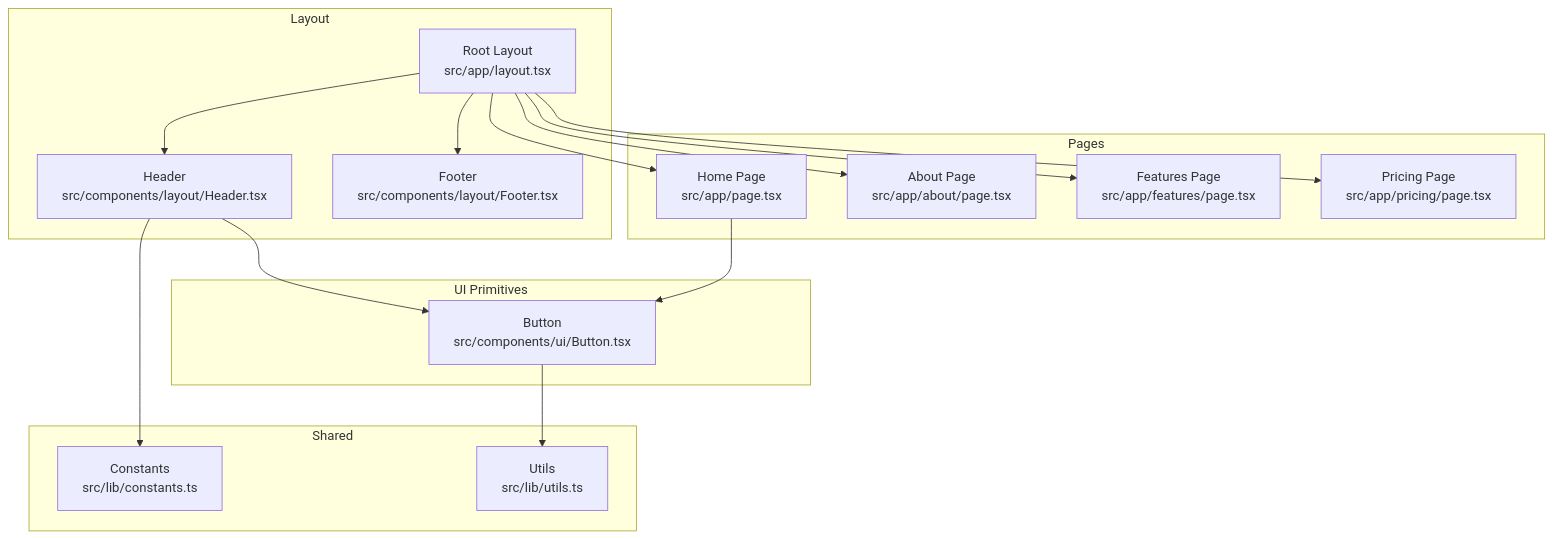
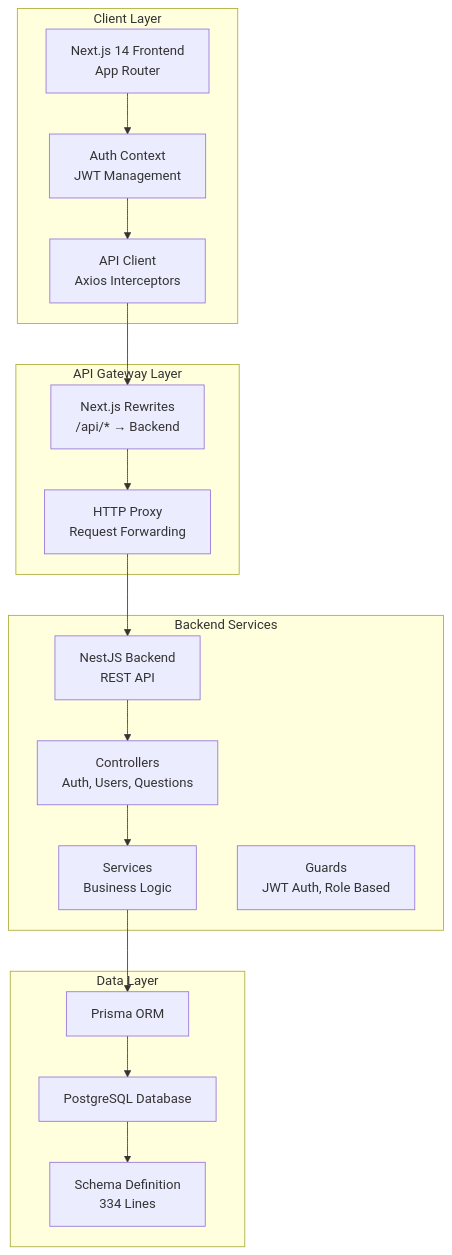
The first of 9 diagrams in .qoder/repowiki/en/content/Architecture Overview.md (Hoshino-wind/ai-interview-platform), drawn with Mermaid before and after one commit. The commit also changed other lines of this file and 5 other files, not shown here.

````diff
--- a/.qoder/repowiki/en/content/Architecture Overview.md
+++ b/.qoder/repowiki/en/content/Architecture Overview.md
@@ -142,31 +61,33 @@
 ```mermaid
 graph TB
-subgraph "Pages"
-P_HOME["Home Page<br/>src/app/page.tsx"]
-P_ABOUT["About Page<br/>src/app/about/page.tsx"]
-P_FEATURES["Features Page<br/>src/app/features/page.tsx"]
-P_PRICING["Pricing Page<br/>src/app/pricing/page.tsx"]
+subgraph "Client Layer"
+NEXT["Next.js 14 Frontend<br/>App Router"]
+AUTH["Auth Context<br/>JWT Management"]
+API["API Client<br/>Axios Interceptors"]
 end
-subgraph "Layout"
-L_ROOT["Root Layout<br/>src/app/layout.tsx"]
-L_HEADER["Header<br/>src/components/layout/Header.tsx"]
-L_FOOTER["Footer<br/>src/components/layout/Footer.tsx"]
+subgraph "API Gateway Layer"
+REWRITE["Next.js Rewrites<br/>/api/* → Backend"]
+PROXY["HTTP Proxy<br/>Request Forwarding"]
 end
-subgraph "UI Primitives"
-U_BUTTON["Button<br/>src/components/ui/Button.tsx"]
+subgraph "Backend Services"
+NEST["NestJS Backend<br/>REST API"]
+CONTROLLERS["Controllers<br/>Auth, Users, Questions"]
+SERVICES["Services<br/>Business Logic"]
+GUARDS["Guards<br/>JWT Auth, Role Based"]
 end
-subgraph "Shared"
-S_CONST["Constants<br/>src/lib/constants.ts"]
-S_UTILS["Utils<br/>src/lib/utils.ts"]
+subgraph "Data Layer"
+PRISMA["Prisma ORM"]
+DB["PostgreSQL Database"]
+SCHEMA["Schema Definition<br/>334 Lines"]
 end
-L_ROOT --> L_HEADER
-L_ROOT --> P_HOME
-L_ROOT --> P_ABOUT
-L_ROOT --> P_FEATURES
-L_ROOT --> P_PRICING
-L_ROOT --> L_FOOTER
-P_HOME --> U_BUTTON
-L_HEADER --> U_BUTTON
-L_HEADER --> S_CONST
-U_BUTTON --> S_UTILS
+NEXT --> AUTH
+AUTH --> API
+API --> REWRITE
+REWRITE --> PROXY
+PROXY --> NEST
+NEST --> CONTROLLERS
+CONTROLLERS --> SERVICES
+SERVICES --> PRISMA
+PRISMA --> DB
+DB --> SCHEMA
 ```
````
